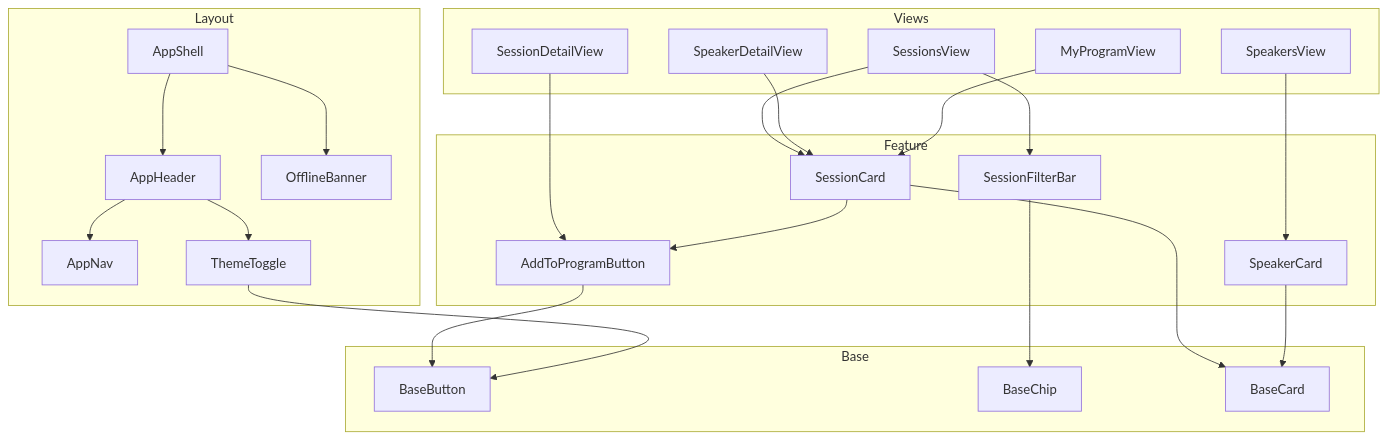
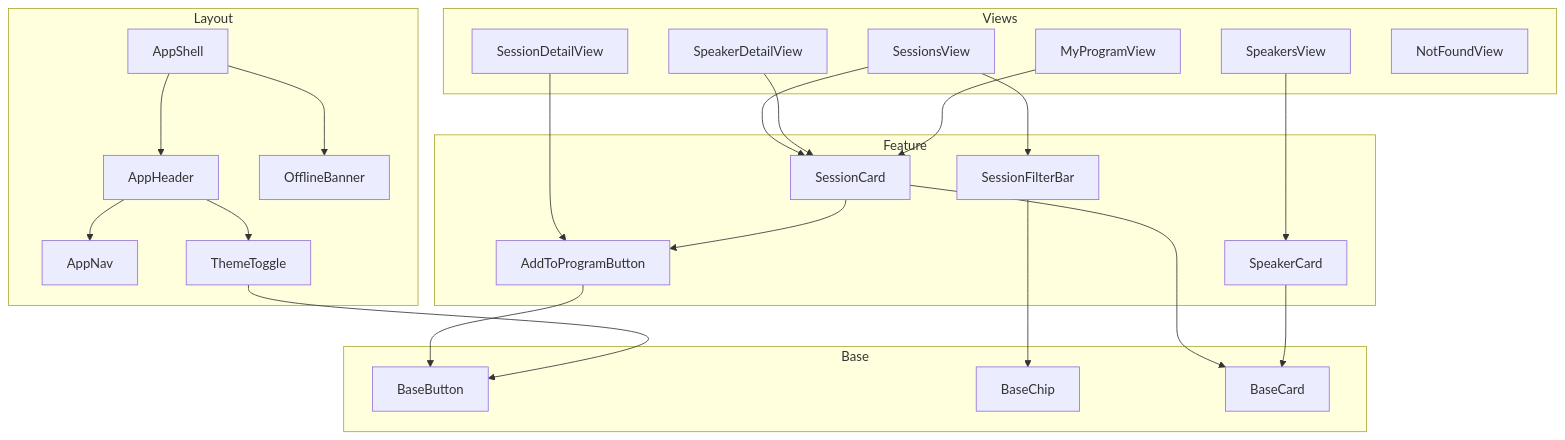
Before and after one commit to Maurice-1703/Team_Project-NextGen_Web_Frontends--Lechner_S-Schmidt_M: the diagram in docs/schritt1/02-architektur-adr.md, drawn with Mermaid. The commit also changed other lines of this file, not shown here.

````diff
--- a/docs/schritt1/02-architektur-adr.md
+++ b/docs/schritt1/02-architektur-adr.md
@@ -101,44 +101,45 @@
 ```mermaid
 graph TD
   subgraph Views
     SV[SessionsView]
     SDV[SessionDetailView]
     SPV[SpeakersView]
     SPDV[SpeakerDetailView]
     MPV[MyProgramView]
+    NFV[NotFoundView]
   end
 
   subgraph Layout
     AS[AppShell] --> AH[AppHeader]
     AH --> AN[AppNav]
     AH --> TT[ThemeToggle]
     AS --> OB[OfflineBanner]
   end
 
   subgraph Feature
     SC[SessionCard]
     SFB[SessionFilterBar]
     SPC[SpeakerCard]
     ATP[AddToProgramButton]
   end
 
   subgraph Base
     BB[BaseButton]
     BC[BaseChip]
     BCa[BaseCard]
   end
 
   SV --> SFB
   SV --> SC
   SDV --> ATP
   SPV --> SPC
   SPDV --> SC
   MPV --> SC
 
   SC --> BCa
   SC --> ATP
   SFB --> BC
   SPC --> BCa
   ATP --> BB
   TT --> BB
 ```
````
